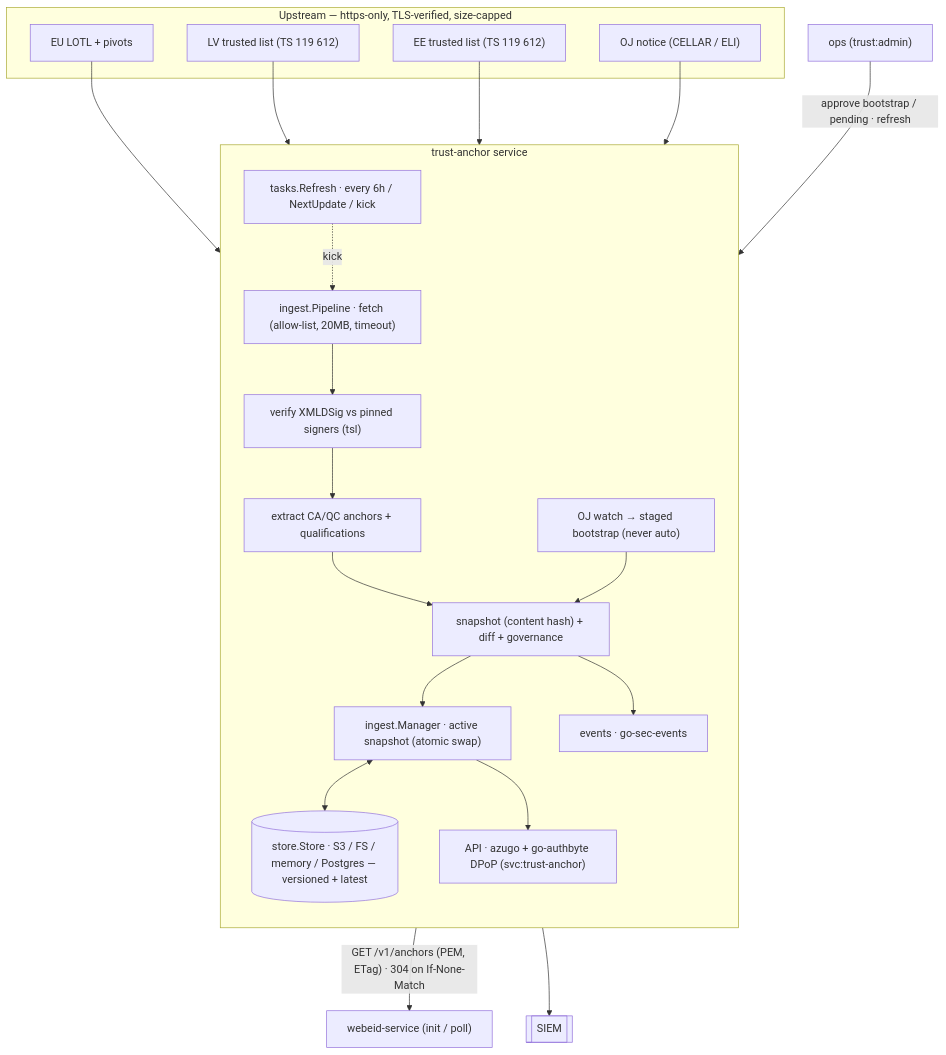
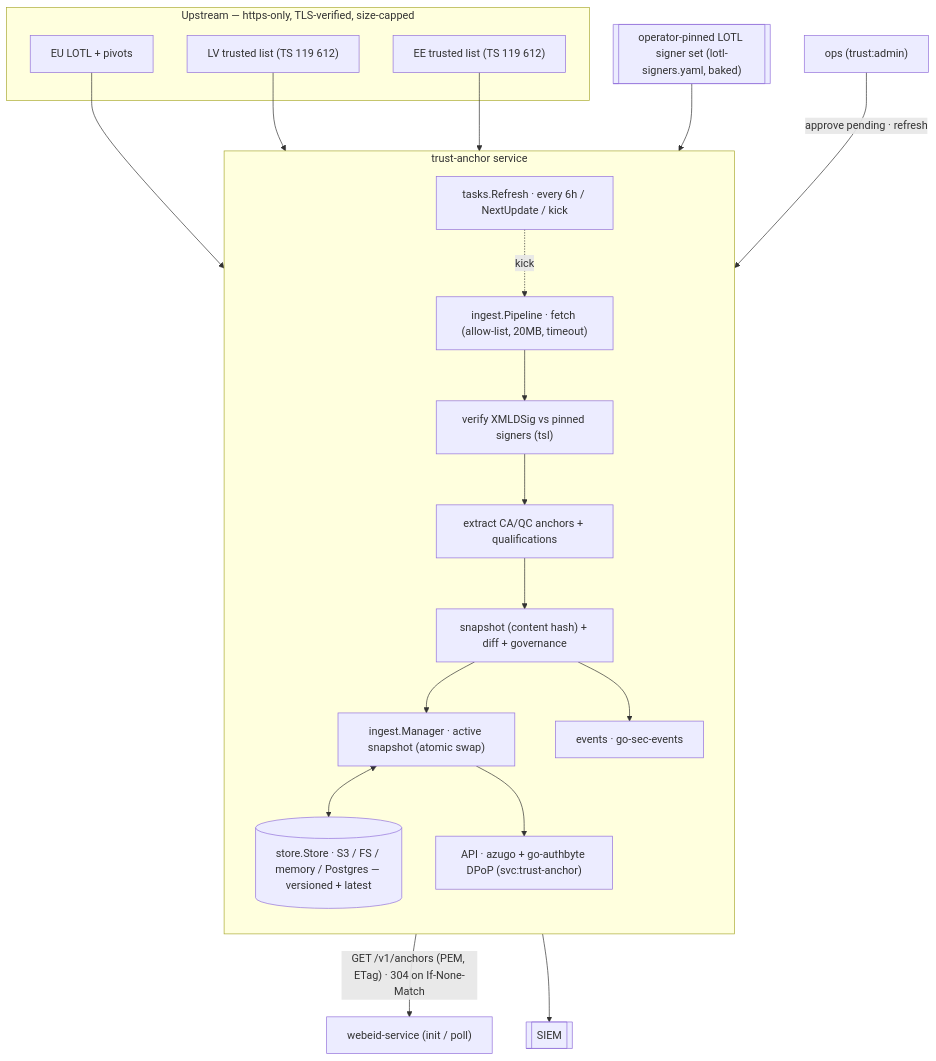
One commit to go-make-bytes/trust-anchor changed the diagram in README.md. Above: the diagram before and after it, drawn with Mermaid. The commit also changed other lines of this file and 22 other files, not shown here.

````diff
--- a/README.md
+++ b/README.md
@@ -17,39 +17,36 @@
 ```mermaid
 flowchart TB
     subgraph UP["Upstream — https-only, TLS-verified, size-capped"]
         LOTL["EU LOTL + pivots"]
         LV["LV trusted list (TS 119 612)"]
         EE["EE trusted list (TS 119 612)"]
-        OJ["OJ notice (CELLAR / ELI)"]
     end
 
     subgraph TA["trust-anchor service"]
         direction TB
         FETCH["ingest.Pipeline · fetch (allow-list, 20MB, timeout)"]
         VERIFY["verify XMLDSig vs pinned signers (tsl)"]
         EXTRACT["extract CA/QC anchors + qualifications"]
         SNAP["snapshot (content hash) + diff + governance"]
-        OJWATCH["OJ watch → staged bootstrap (never auto)"]
         MGR["ingest.Manager · active snapshot (atomic swap)"]
         STORE[("store.Store · S3 / FS / memory / Postgres — versioned + latest")]
         REFRESH["tasks.Refresh · every 6h / NextUpdate / kick"]
         EVENTS["events · go-sec-events"]
         API["API · azugo + go-authbyte DPoP (svc:trust-anchor)"]
 
         FETCH --> VERIFY --> EXTRACT --> SNAP --> MGR
-        OJWATCH --> SNAP
         MGR <--> STORE
         REFRESH -. kick .-> FETCH
         SNAP --> EVENTS
         MGR --> API
     end
 
     LOTL --> FETCH
     LV --> FETCH
     EE --> FETCH
-    OJ --> OJWATCH
+    BOOTSTRAP[["operator-pinned LOTL signer set (lotl-signers.yaml, baked)"]] --> VERIFY
 
     API -->|"GET /v1/anchors (PEM, ETag) · 304 on If-None-Match"| WEBEID["webeid-service (init / poll)"]
-    OPS["ops (trust:admin)"] -->|"approve bootstrap / pending · refresh"| API
+    OPS["ops (trust:admin)"] -->|"approve pending · refresh"| API
     EVENTS --> SIEM[["SIEM"]]
 ```
````
